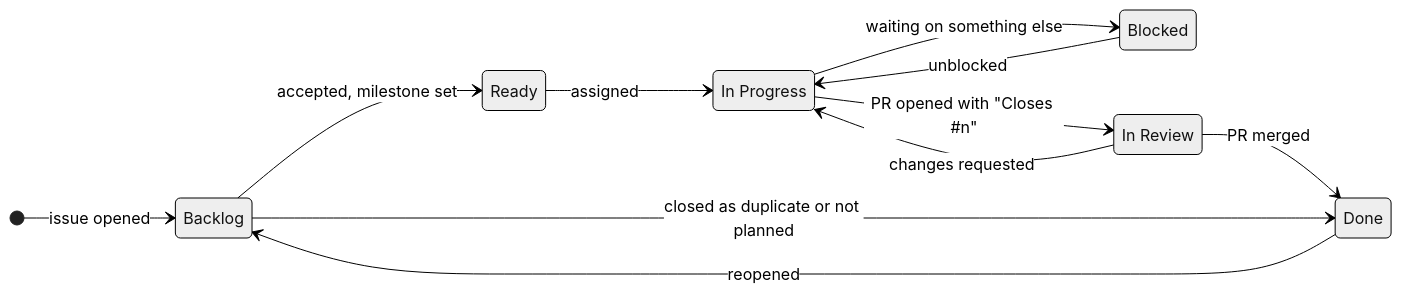
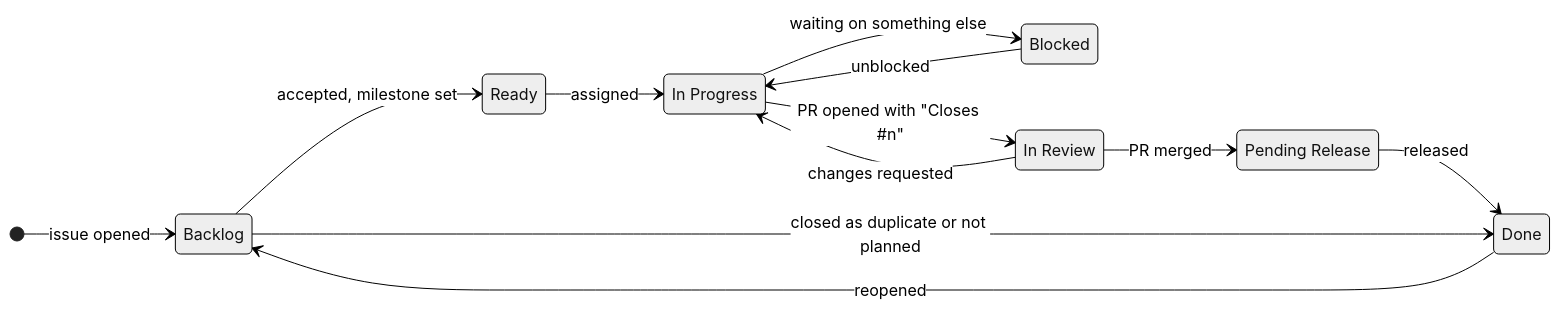
Before and after one commit to sisaio/sisa-caching-rs: the diagram in CONTRIBUTING.md, drawn with Mermaid (neutral theme). The commit also changed other lines of this file and 3 other files, not shown here.

First line of the commit message:
ci: add a Pending Release status to the board

````diff
--- a/CONTRIBUTING.md
+++ b/CONTRIBUTING.md
@@ -102,16 +102,18 @@
 ```mermaid
 stateDiagram-v2
     direction LR
     [*] --> Backlog: issue opened
     Backlog --> Ready: accepted, milestone set
     Ready --> InProgress: assigned
     InProgress --> Blocked: waiting on something else
     Blocked --> InProgress: unblocked
     InProgress --> InReview: PR opened with "Closes #n"
     InReview --> InProgress: changes requested
-    InReview --> Done: PR merged
+    InReview --> PendingRelease: PR merged
+    PendingRelease --> Done: released
     Backlog --> Done: closed as duplicate or not planned
     Done --> Backlog: reopened
     InProgress: In Progress
     InReview: In Review
+    PendingRelease: Pending Release
 ```
````
